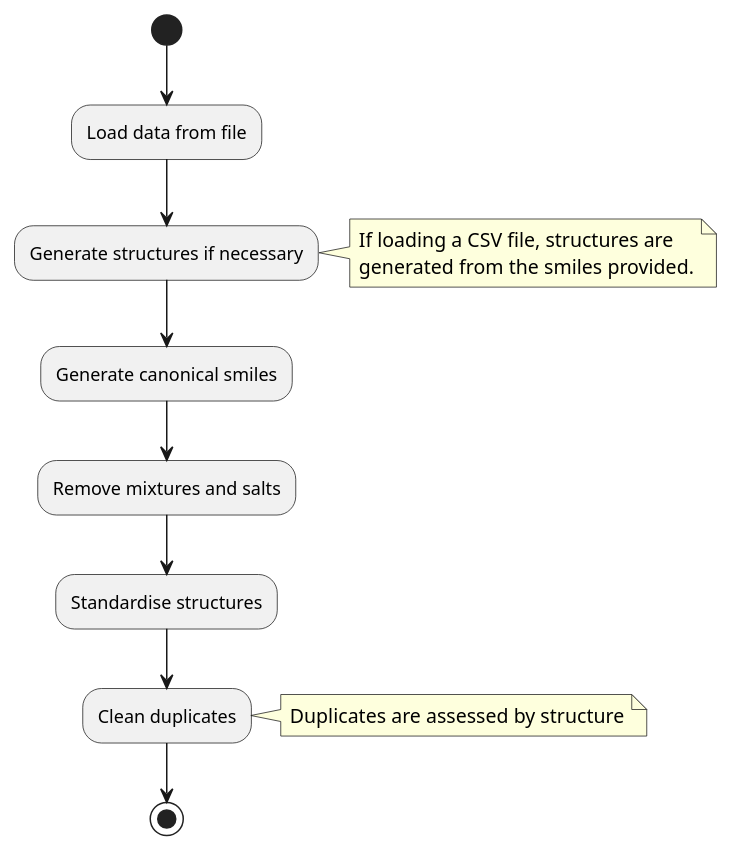
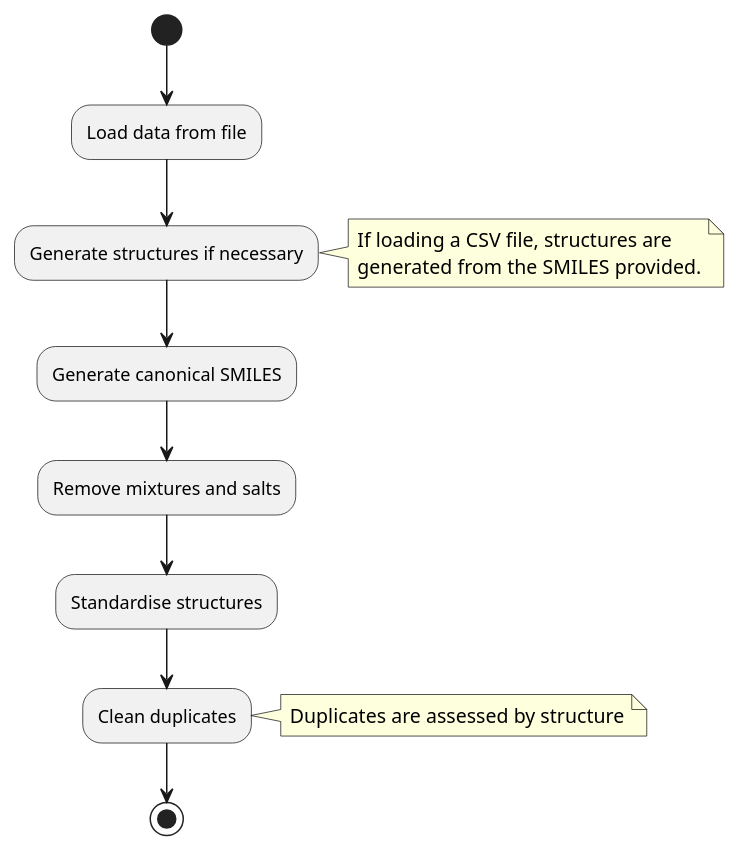
Before and after one commit to ErikOverdahl/MML_Data_Curation: the diagram in README.org, drawn with PlantUML. The commit also changed 2 other files, not shown here.

Commit message:
Began Org file; small README edits

```diff
--- a/README.org
+++ b/README.org
@@ -5,16 +5,16 @@
 #+BEGIN_SRC plantuml :file tropsha_data_curation_workflow.png :export results
   (*) --> "Load data from file"
   --> "Generate structures if necessary"
   note right
        If loading a CSV file, structures are
-       generated from the smiles provided.
+       generated from the SMILES provided.
   end note
-  --> "Generate canonical smiles"
+  --> "Generate canonical SMILES"
   --> "Remove mixtures and salts"
   --> "Standardise structures"
   --> "Clean duplicates"
   note right
        Duplicates are assessed by structure
   end note
   --> (*)
 #+END_SRC
```
